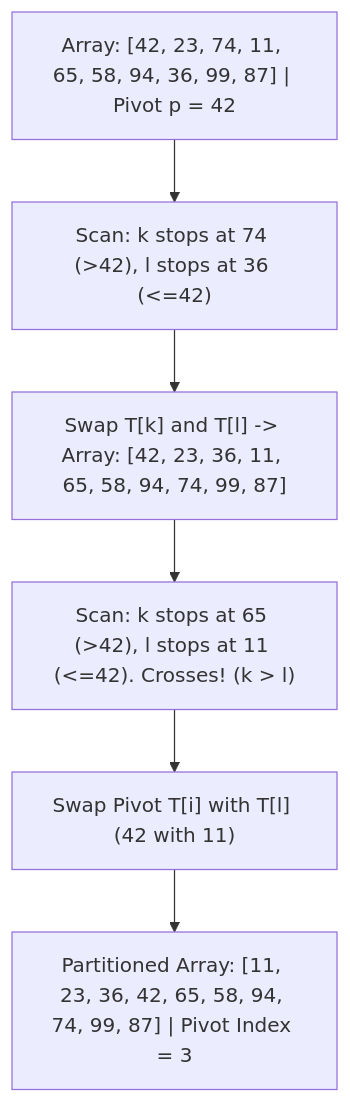
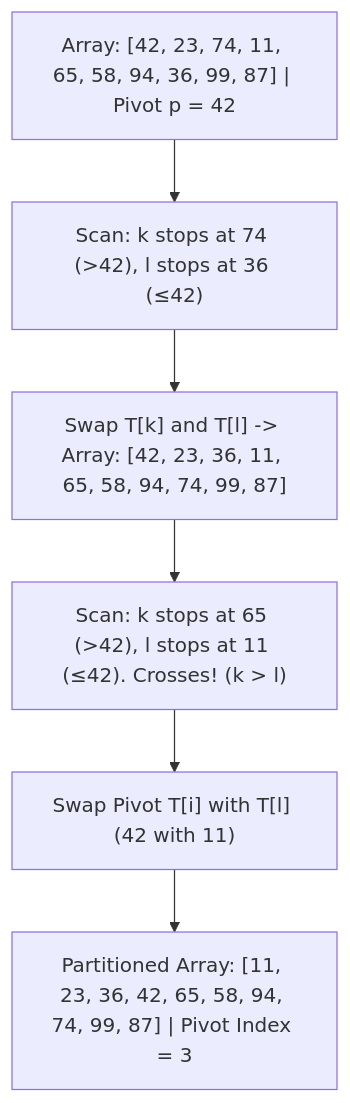
The sixth of 6 diagrams in notes/design_and_analysis_of_algorithms/DAA_Unit2_Analysis_of_Algorithms_Notes.md (DeepLumiere/DeepSkills), drawn with Mermaid before and after one commit. The commit also changed other lines of this file and 8 other files, not shown here.

First line of the commit message:
fix: resolve merge conflicts, fix DAA diagrams, and expand explanations

````diff
--- a/notes/design_and_analysis_of_algorithms/DAA_Unit2_Analysis_of_Algorithms_Notes.md
+++ b/notes/design_and_analysis_of_algorithms/DAA_Unit2_Analysis_of_Algorithms_Notes.md
@@ -680,8 +680,8 @@
 ```mermaid
 flowchart TD
-    Step1["Array: [42, 23, 74, 11, 65, 58, 94, 36, 99, 87] | Pivot p = 42"] --> Scan1["Scan: k stops at 74 (>42), l stops at 36 (<=42)"]
+    Step1["Array: [42, 23, 74, 11, 65, 58, 94, 36, 99, 87] | Pivot p = 42"] --> Scan1["Scan: k stops at 74 (>42), l stops at 36 (&le;42)"]
     Scan1 --> Swap1["Swap T[k] and T[l] -> Array: [42, 23, 36, 11, 65, 58, 94, 74, 99, 87]"]
-    Swap1 --> Scan2["Scan: k stops at 65 (>42), l stops at 11 (<=42). Crosses! (k > l)"]
+    Swap1 --> Scan2["Scan: k stops at 65 (>42), l stops at 11 (&le;42). Crosses! (k &gt; l)"]
     Scan2 --> PivotSwap["Swap Pivot T[i] with T[l] (42 with 11)"]
     PivotSwap --> Result["Partitioned Array: [11, 23, 36, 42, 65, 58, 94, 74, 99, 87] | Pivot Index = 3"]
 ```
````
